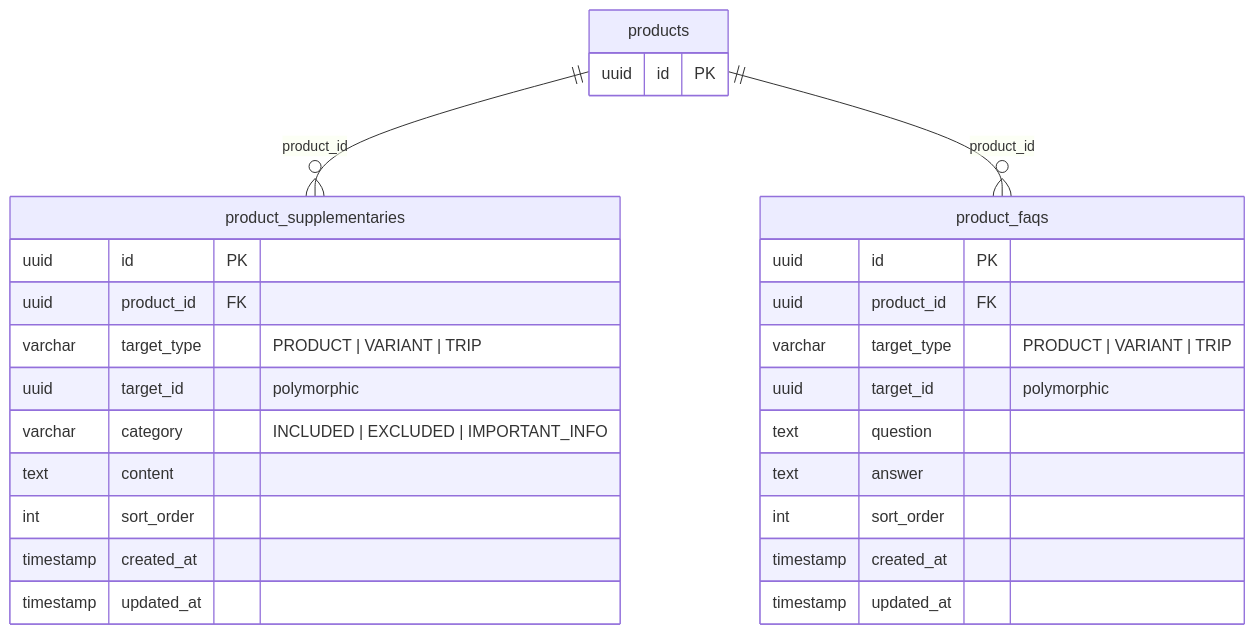
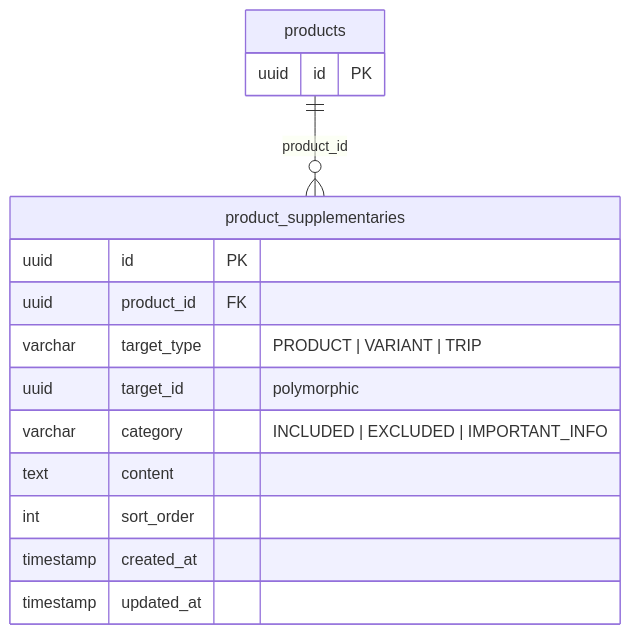
Before and after one commit to Haris-saifudin/hobiholidays-documentations: the sixth of 7 diagrams in product-technical-design.md, drawn with Mermaid. The commit also changed other lines of this file and 1 other file, not shown here.

Commit message:
refactor: remove product categories and FAQs while integrating an area domain for location management in technical design documentation

````diff
--- a/product-technical-design.md
+++ b/product-technical-design.md
@@ -583,33 +551,20 @@
 ```mermaid
 erDiagram
     products {
         uuid id PK
     }
 
     product_supplementaries {
         uuid      id          PK
         uuid      product_id  FK
         varchar   target_type "PRODUCT | VARIANT | TRIP"
         uuid      target_id   "polymorphic"
         varchar   category    "INCLUDED | EXCLUDED | IMPORTANT_INFO"
         text      content
         int       sort_order
         timestamp created_at
         timestamp updated_at
     }
 
-    product_faqs {
-        uuid      id          PK
-        uuid      product_id  FK
-        varchar   target_type "PRODUCT | VARIANT | TRIP"
-        uuid      target_id   "polymorphic"
-        text      question
-        text      answer
-        int       sort_order
-        timestamp created_at
-        timestamp updated_at
-    }
-
     products ||--o{ product_supplementaries : "product_id"
-    products ||--o{ product_faqs            : "product_id"
 ```
````
